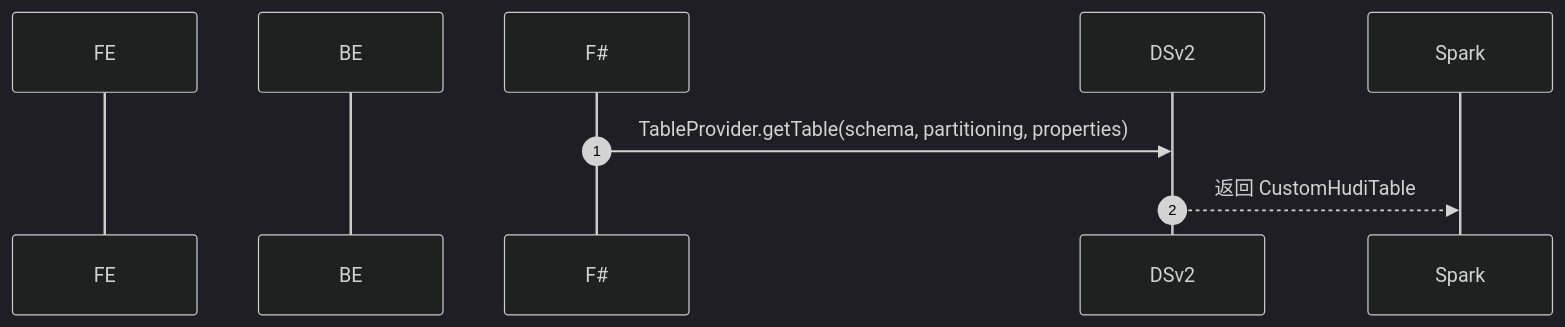
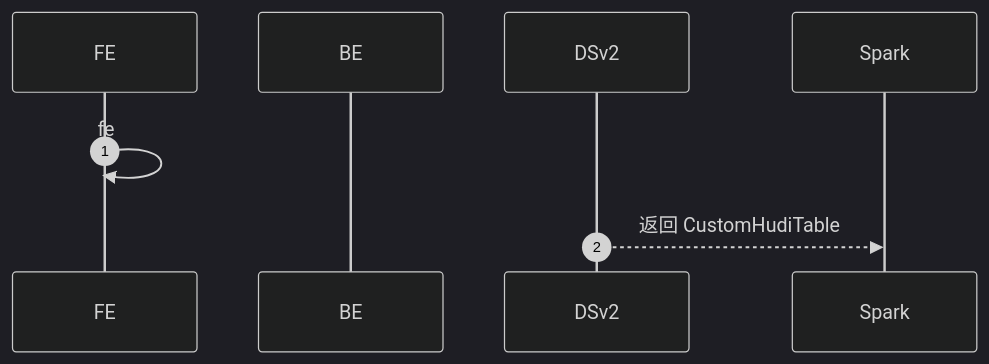
One commit to HY-10-8/iodraw-files changed the diagram in all/Doris-写入数据.md. Above: the diagram before and after it, drawn with Mermaid (dark theme).

Commit message:
2026-04-22 17:11:27 update

````diff
--- a/all/Doris-写入数据.md
+++ b/all/Doris-写入数据.md
@@ -1,10 +1,10 @@
 ```mermaid
 sequenceDiagram
     autonumber
 
     participant FE
     participant BE
 
-    F#->>DSv2: TableProvider.getTable(schema, partitioning, properties)
+    FE->>FE: fe
     DSv2-->>Spark: 返回 CustomHudiTable
 ```
````
